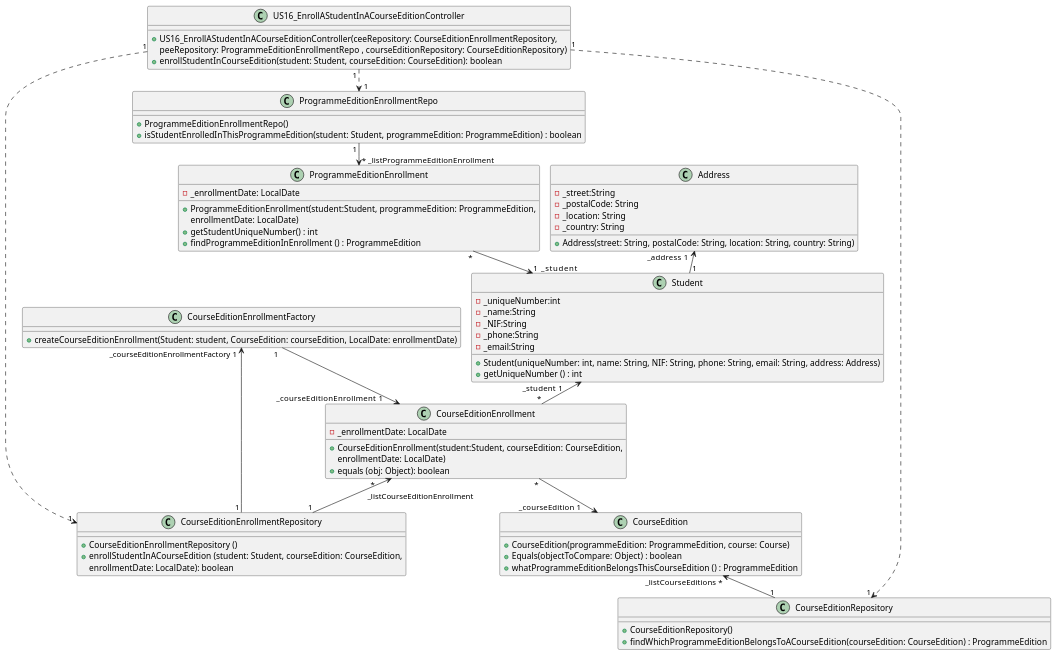
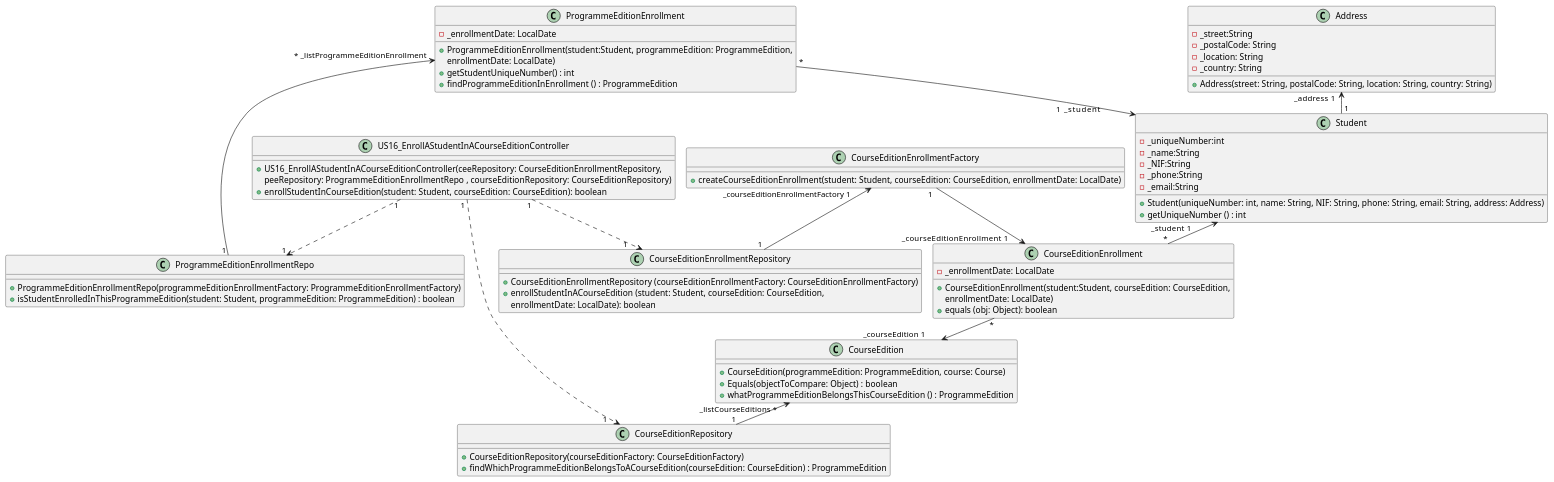
One commit to GasparISEP/DevOps-PAI changed the diagram in docs/US16/US16_EnrollAStudentInACourseEdition_ClassDiagram.puml. Above: the diagram before and after it, drawn with PlantUML.

Commit message:
correcting the US16_ClassDiagram

```diff
--- a/docs/US16/US16_EnrollAStudentInACourseEdition_ClassDiagram.puml
+++ b/docs/US16/US16_EnrollAStudentInACourseEdition_ClassDiagram.puml
@@ -1,83 +1,82 @@
 @startuml
 !pragma layout smetana
 
 
 class US16_EnrollAStudentInACourseEditionController {
     +US16_EnrollAStudentInACourseEditionController(ceeRepository: CourseEditionEnrollmentRepository,
     peeRepository: ProgrammeEditionEnrollmentRepo , courseEditionRepository: CourseEditionRepository)
     +enrollStudentInCourseEdition(student: Student, courseEdition: CourseEdition): boolean
 }
 
 class CourseEditionEnrollmentFactory{
-    +createCourseEditionEnrollment(Student: student, CourseEdition: courseEdition, LocalDate: enrollmentDate)
+    +createCourseEditionEnrollment(student: Student, courseEdition: CourseEdition, enrollmentDate: LocalDate)
 }
 
 class CourseEditionEnrollment {
     -_enrollmentDate: LocalDate
     +CourseEditionEnrollment(student:Student, courseEdition: CourseEdition,
      enrollmentDate: LocalDate)
     +equals (obj: Object): boolean
 }
 
 class CourseEditionEnrollmentRepository {
-    +CourseEditionEnrollmentRepository ()
+    +CourseEditionEnrollmentRepository (courseEditionEnrollmentFactory: CourseEditionEnrollmentFactory)
     +enrollStudentInACourseEdition (student: Student, courseEdition: CourseEdition,
     enrollmentDate: LocalDate): boolean
 }
 
 class ProgrammeEditionEnrollment {
     -_enrollmentDate: LocalDate
     +ProgrammeEditionEnrollment(student:Student, programmeEdition: ProgrammeEdition,
      enrollmentDate: LocalDate)
     +getStudentUniqueNumber() : int
     +findProgrammeEditionInEnrollment () : ProgrammeEdition
 }
 
 class ProgrammeEditionEnrollmentRepo {
-    +ProgrammeEditionEnrollmentRepo()
+    +ProgrammeEditionEnrollmentRepo(programmeEditionEnrollmentFactory: ProgrammeEditionEnrollmentFactory)
     +isStudentEnrolledInThisProgrammeEdition(student: Student, programmeEdition: ProgrammeEdition) : boolean
 }
 
 class Student {
     -_uniqueNumber:int
     -_name:String
     -_NIF:String
     -_phone:String
     -_email:String
     +Student(uniqueNumber: int, name: String, NIF: String, phone: String, email: String, address: Address)
     +getUniqueNumber () : int
 }
 
 class Address {
      -_street:String
      -_postalCode: String
      -_location: String
      -_country: String
      +Address(street: String, postalCode: String, location: String, country: String)
 }
 
 class CourseEdition {
     +CourseEdition(programmeEdition: ProgrammeEdition, course: Course)
     +Equals(objectToCompare: Object) : boolean
     +whatProgrammeEditionBelongsThisCourseEdition () : ProgrammeEdition
 }
 
 class CourseEditionRepository {
-    +CourseEditionRepository()
+    +CourseEditionRepository(courseEditionFactory: CourseEditionFactory)
     +findWhichProgrammeEditionBelongsToACourseEdition(courseEdition: CourseEdition) : ProgrammeEdition
 }
 
-CourseEdition "_listCourseEditions  *" <-- "1" CourseEditionRepository
-Student "_student  1         " <-- "*" CourseEditionEnrollment
+CourseEdition "_listCourseEditions  *      " <-- "1" CourseEditionRepository
+Student "_student  1             " <-- "*" CourseEditionEnrollment
 CourseEditionEnrollment "*" --> "_courseEdition  1        " CourseEdition
-CourseEditionEnrollment "   *        " <-- "1" CourseEditionEnrollmentRepository: _listCourseEditionEnrollment
 CourseEditionEnrollmentFactory "  1  " --> " _courseEditionEnrollment    1        " CourseEditionEnrollment
-CourseEditionEnrollmentFactory "_courseEditionEnrollmentFactory 1  " <-- "   1 " CourseEditionEnrollmentRepository
-ProgrammeEditionEnrollment "*" --> "1    _student           " Student
-ProgrammeEditionEnrollment " *  _listProgrammeEditionEnrollment    " <-u- "1 " ProgrammeEditionEnrollmentRepo
-US16_EnrollAStudentInACourseEditionController "1"..> "1" CourseEditionRepository
+CourseEditionEnrollmentFactory "_courseEditionEnrollmentFactory 1          " <-- "   1 " CourseEditionEnrollmentRepository
+ProgrammeEditionEnrollment " *" --> "1    _student                 " Student
+ProgrammeEditionEnrollment " *  _listProgrammeEditionEnrollment    " <-- "1 " ProgrammeEditionEnrollmentRepo
+US16_EnrollAStudentInACourseEditionController "1 "..> "1      " CourseEditionRepository
 US16_EnrollAStudentInACourseEditionController "1 "..> "  1" ProgrammeEditionEnrollmentRepo
-US16_EnrollAStudentInACourseEditionController "1"..> "1  " CourseEditionEnrollmentRepository
+US16_EnrollAStudentInACourseEditionController "1"..> "1       " CourseEditionEnrollmentRepository
 Address "_address  1   " <-- " 1  " Student
 
 @enduml
```
